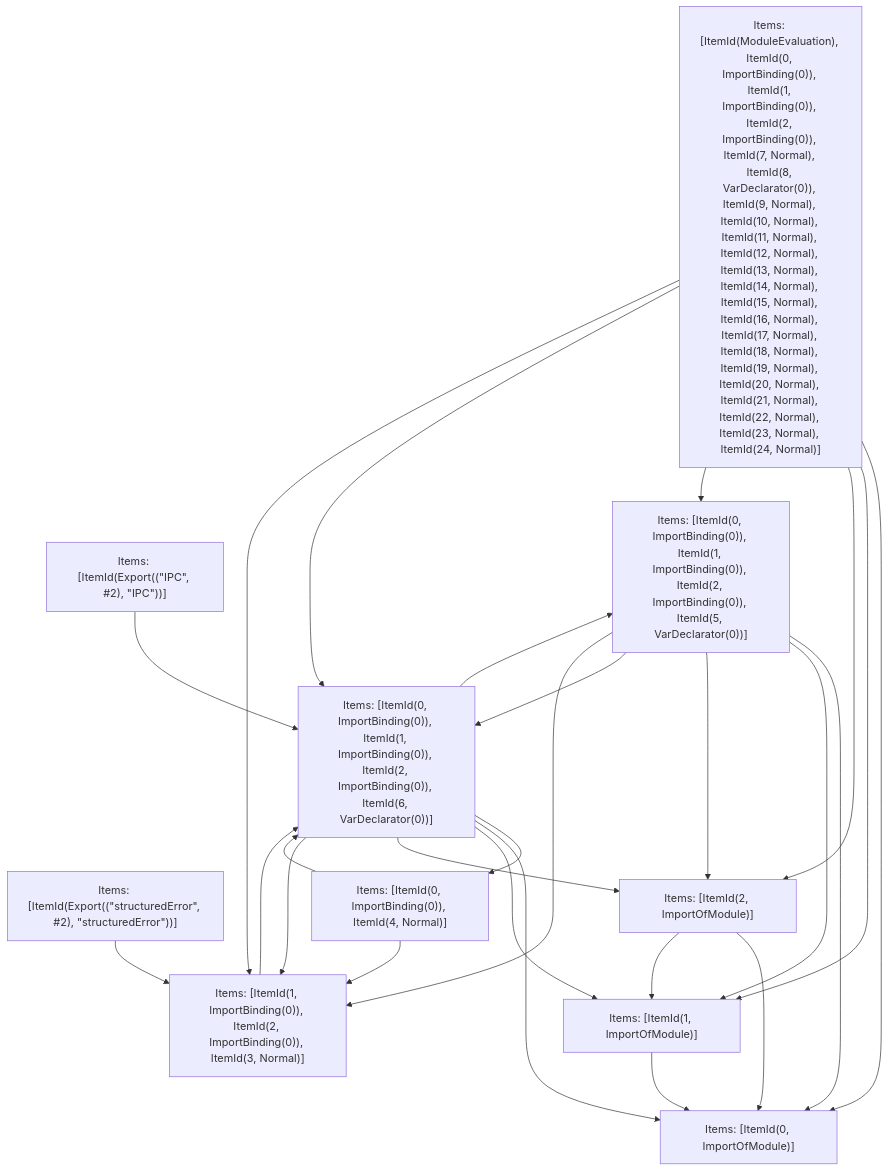
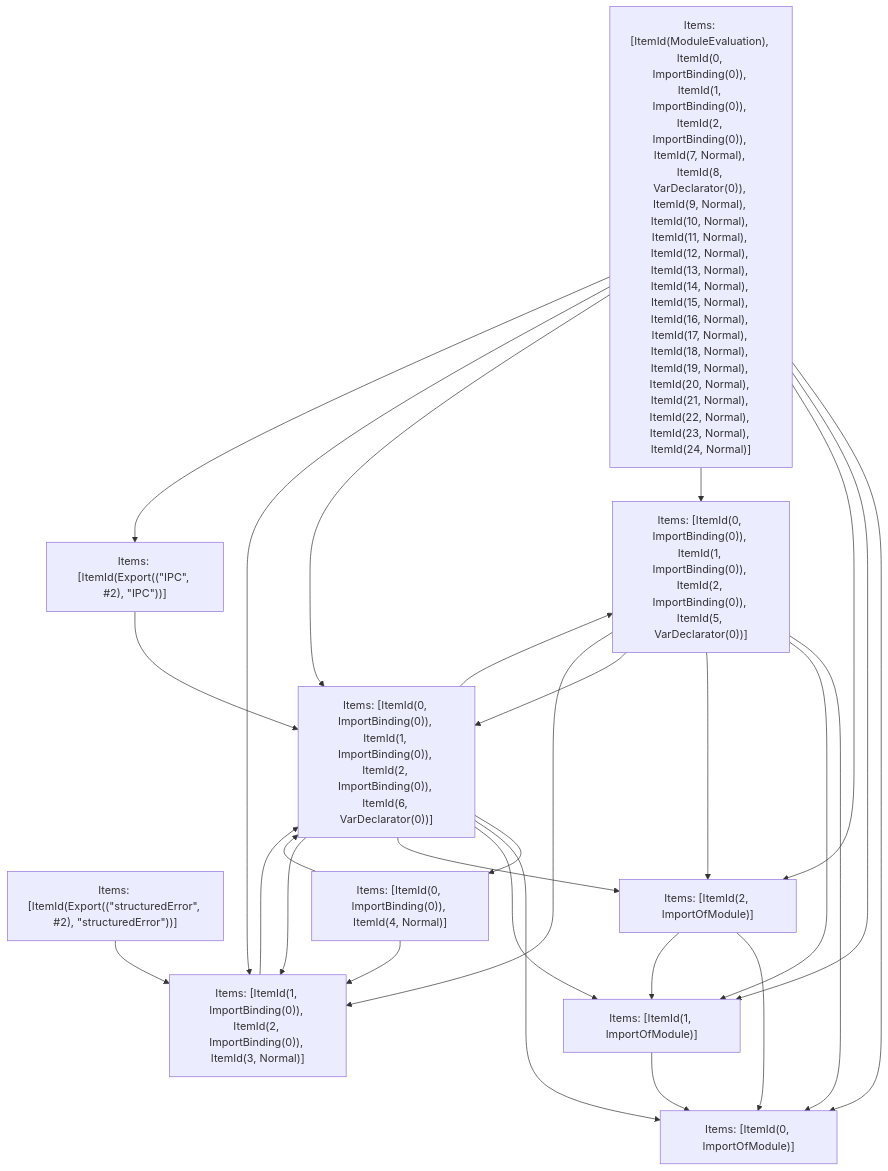
One commit to darkred/turbo changed the fifth of 5 diagrams in crates/turbopack-ecmascript/tests/tree-shaker/analyzer/ipc-index/output.md. Above: the diagram before and after it, drawn with Mermaid. The commit also changed other lines of this file and 22 other files, not shown here.

````diff
--- a/crates/turbopack-ecmascript/tests/tree-shaker/analyzer/ipc-index/output.md
+++ b/crates/turbopack-ecmascript/tests/tree-shaker/analyzer/ipc-index/output.md
@@ -1609,38 +1606,39 @@
 ```mermaid
 graph TD
     N0["Items: [ItemId(ModuleEvaluation), ItemId(0, ImportBinding(0)), ItemId(1, ImportBinding(0)), ItemId(2, ImportBinding(0)), ItemId(7, Normal), ItemId(8, VarDeclarator(0)), ItemId(9, Normal), ItemId(10, Normal), ItemId(11, Normal), ItemId(12, Normal), ItemId(13, Normal), ItemId(14, Normal), ItemId(15, Normal), ItemId(16, Normal), ItemId(17, Normal), ItemId(18, Normal), ItemId(19, Normal), ItemId(20, Normal), ItemId(21, Normal), ItemId(22, Normal), ItemId(23, Normal), ItemId(24, Normal)]"];
     N1["Items: [ItemId(Export((&quot;structuredError&quot;, #2), &quot;structuredError&quot;))]"];
     N2["Items: [ItemId(Export((&quot;IPC&quot;, #2), &quot;IPC&quot;))]"];
     N3["Items: [ItemId(0, ImportOfModule)]"];
     N4["Items: [ItemId(1, ImportOfModule)]"];
     N5["Items: [ItemId(2, ImportOfModule)]"];
     N6["Items: [ItemId(1, ImportBinding(0)), ItemId(2, ImportBinding(0)), ItemId(3, Normal)]"];
     N7["Items: [ItemId(0, ImportBinding(0)), ItemId(4, Normal)]"];
     N8["Items: [ItemId(0, ImportBinding(0)), ItemId(1, ImportBinding(0)), ItemId(2, ImportBinding(0)), ItemId(5, VarDeclarator(0))]"];
     N9["Items: [ItemId(0, ImportBinding(0)), ItemId(1, ImportBinding(0)), ItemId(2, ImportBinding(0)), ItemId(6, VarDeclarator(0))]"];
     N0 --> N3;
     N0 --> N4;
     N0 --> N5;
     N0 --> N8;
     N0 --> N9;
     N0 --> N6;
+    N0 --> N2;
     N1 --> N6;
     N2 --> N9;
     N4 --> N3;
     N5 --> N3;
     N5 --> N4;
     N6 --> N9;
     N7 --> N9;
     N7 --> N6;
     N8 --> N3;
     N8 --> N4;
     N8 --> N5;
     N8 --> N9;
     N8 --> N6;
     N9 --> N7;
     N9 --> N8;
     N9 --> N3;
     N9 --> N4;
     N9 --> N5;
     N9 --> N6;
 ```
````
